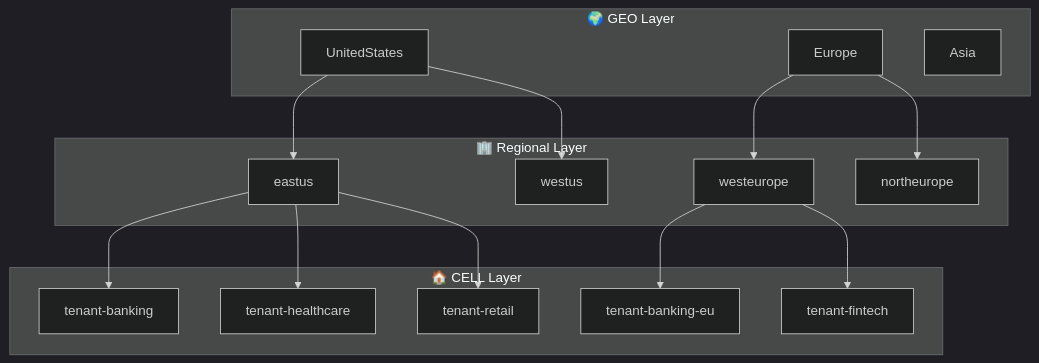
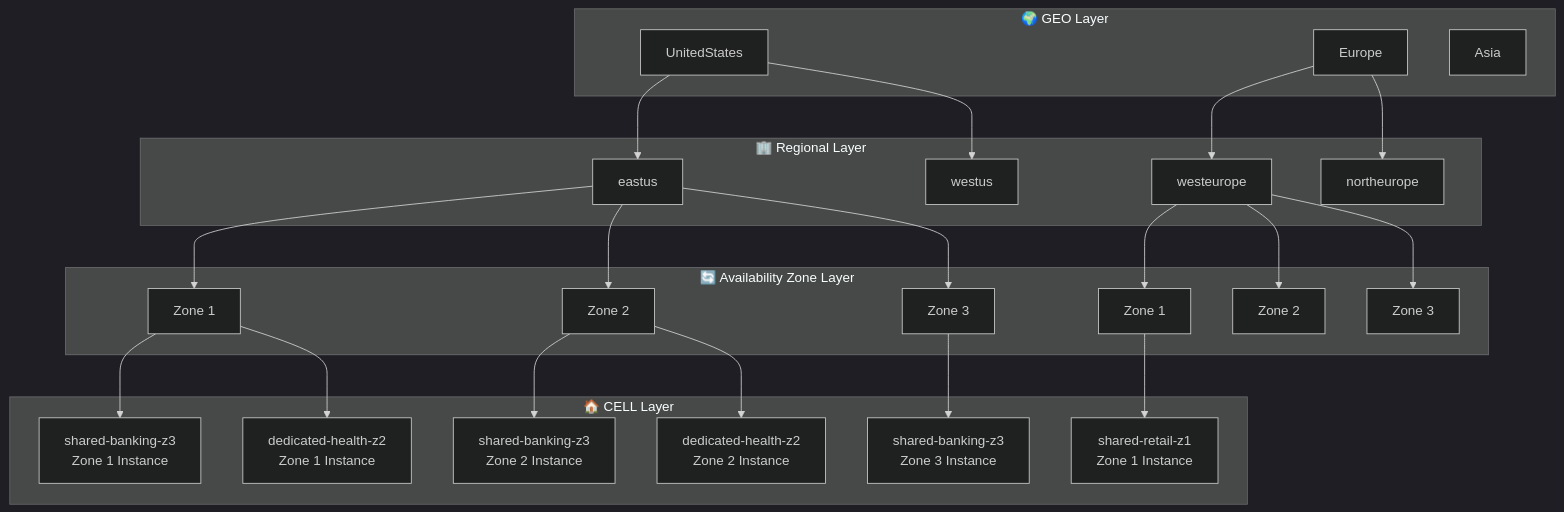
The second of 2 diagrams in ARCHITECTURE_GUIDE.md (srnichols/StampsPattern), drawn with Mermaid (dark theme) before and after one commit. The commit also changed other lines of this file and 3 other files, not shown here.

````diff
--- a/ARCHITECTURE_GUIDE.md
+++ b/ARCHITECTURE_GUIDE.md
@@ -102,23 +209,33 @@
 ```mermaid
 graph TD
     subgraph "🌍 GEO Layer"
         G1[UnitedStates]
         G2[Europe]
         G3[Asia]
     end
     
     subgraph "🏢 Regional Layer"
         G1 --> R1[eastus]
         G1 --> R2[westus]
         G2 --> R3[westeurope]
         G2 --> R4[northeurope]
     end
     
+    subgraph "🔄 Availability Zone Layer"
+        R1 --> AZ1[Zone 1]
+        R1 --> AZ2[Zone 2] 
+        R1 --> AZ3[Zone 3]
+        R3 --> AZ4[Zone 1]
+        R3 --> AZ5[Zone 2]
+        R3 --> AZ6[Zone 3]
+    end
+    
     subgraph "🏠 CELL Layer"
-        R1 --> C1[tenant-banking]
-        R1 --> C2[tenant-healthcare]
-        R1 --> C3[tenant-retail]
-        R3 --> C4[tenant-banking-eu]
-        R3 --> C5[tenant-fintech]
+        AZ1 --> C1[shared-banking-z3<br/>Zone 1 Instance]
+        AZ2 --> C2[shared-banking-z3<br/>Zone 2 Instance]
+        AZ3 --> C3[shared-banking-z3<br/>Zone 3 Instance]
+        AZ1 --> C4[dedicated-health-z2<br/>Zone 1 Instance]
+        AZ2 --> C5[dedicated-health-z2<br/>Zone 2 Instance]
+        AZ4 --> C6[shared-retail-z1<br/>Zone 1 Instance]
     end
 ```
````
